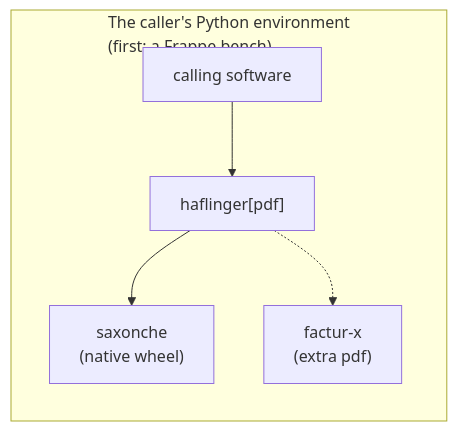
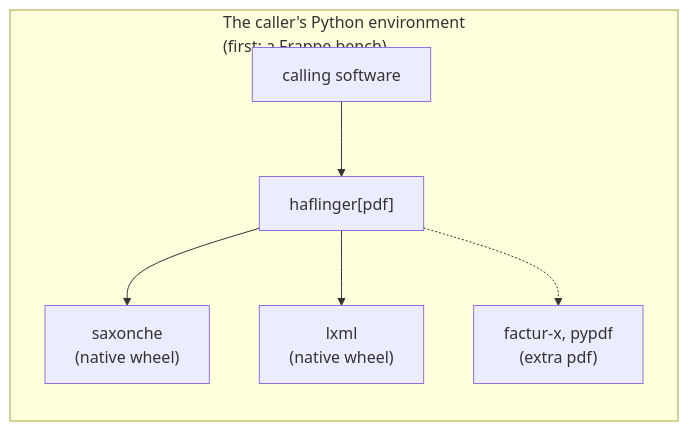
One commit to Interlusion/haflinger changed the fifth of 5 diagrams in docs/arc42/README.md. Above: the diagram before and after it, drawn with Mermaid. The commit also changed other lines of this file and 17 other files, not shown here.

````diff
--- a/docs/arc42/README.md
+++ b/docs/arc42/README.md
@@ -200,11 +200,13 @@
 ```mermaid
 flowchart LR
     subgraph env["The caller's Python environment<br/>(first: a Frappe bench)"]
         caller["calling software"]
         lib["haflinger[pdf]"]
         saxon["saxonche<br/>(native wheel)"]
-        facturx["factur-x<br/>(extra pdf)"]
+        lxml["lxml<br/>(native wheel)"]
+        facturx["factur-x, pypdf<br/>(extra pdf)"]
     end
     caller --> lib --> saxon
+    lib --> lxml
     lib -.-> facturx
 ```
````
